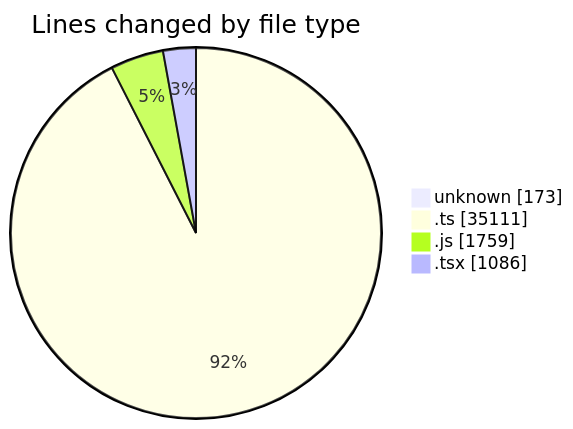
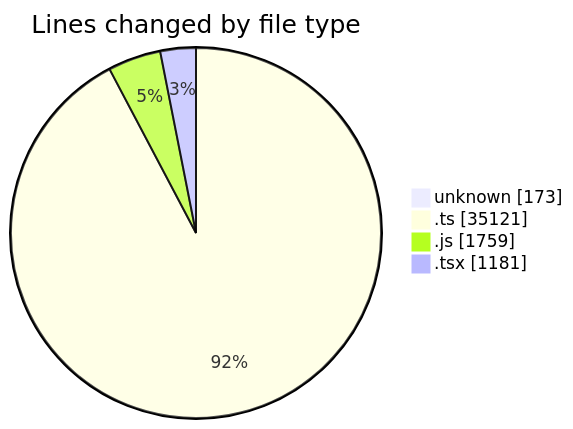
The first of 2 diagrams in 2026-08-24/cda/README.md (momahboobian/code-tracking), drawn with Mermaid before and after one commit. The commit also changed other lines of this file and 1 other file, not shown here.

````diff
--- a/2026-08-24/cda/README.md
+++ b/2026-08-24/cda/README.md
@@ -41,8 +42,8 @@
 ```mermaid
 pie showData
 title Lines changed by file type
 "unknown" : 173
-".ts" : 35111
+".ts" : 35121
 ".js" : 1759
-".tsx" : 1086
+".tsx" : 1181
 ```
````
